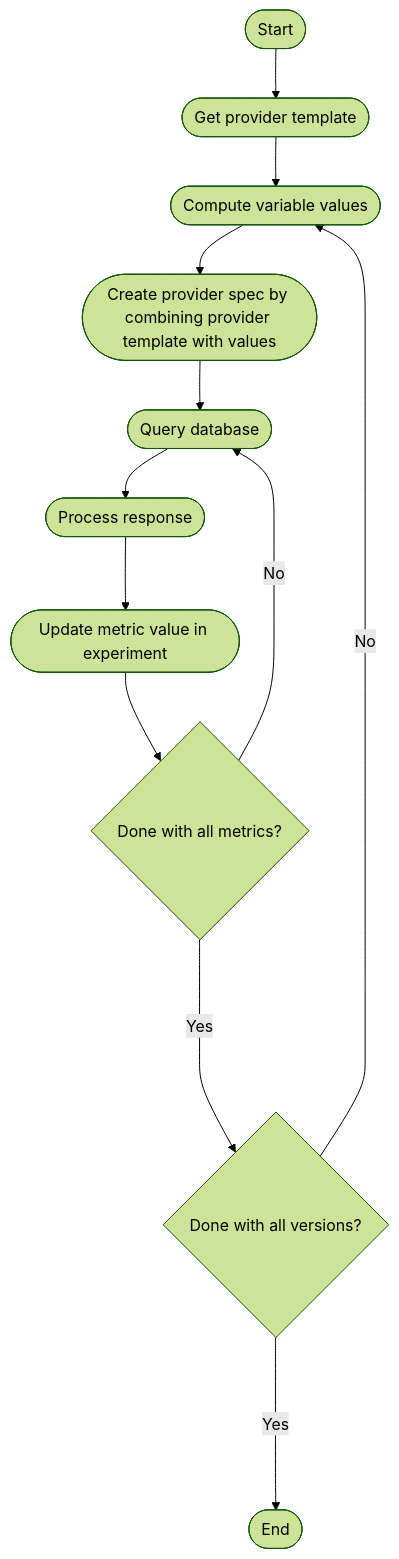
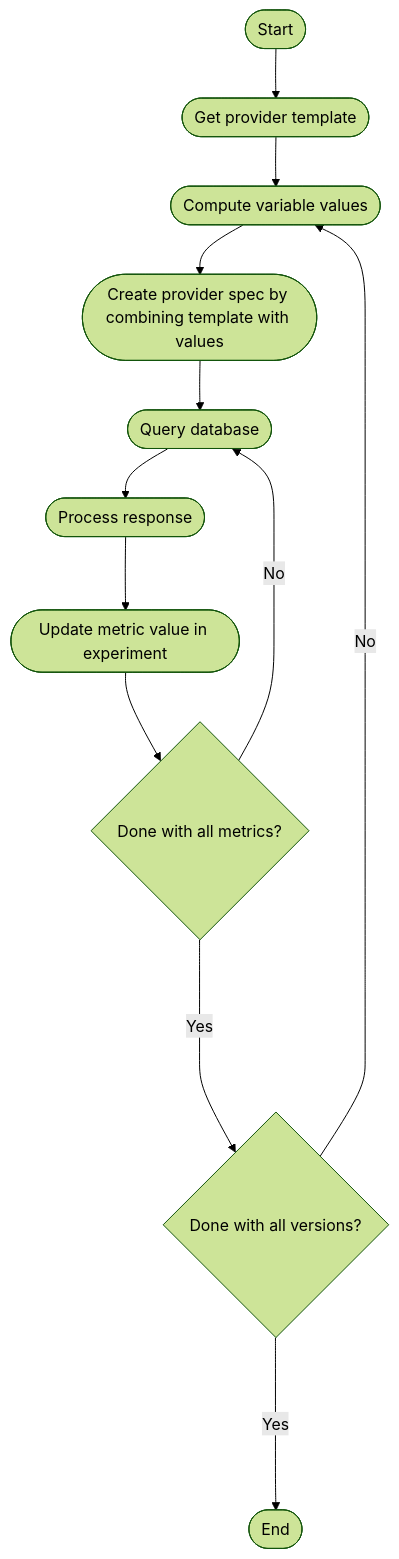
One commit to iter8-tools/docs changed the first of 3 diagrams in docs/user-guide/tasks/custommetrics.md. Above: the diagram before and after it, drawn with Mermaid (forest theme). The commit also changed other lines of this file, not shown here.

Commit message:
flowchart

````diff
--- a/docs/user-guide/tasks/custommetrics.md
+++ b/docs/user-guide/tasks/custommetrics.md
@@ -217,14 +217,14 @@
 ```mermaid
 graph TD
   A([Start]) --> B([Get provider template]);
   B --> C([Compute variable values]);
-  C --> D([Create provider spec by combining provider template with values]);
+  C --> D([Create provider spec by combining template with values]);
   D --> E([Query database]);
   E --> F([Process response]);
   F --> G([Update metric value in experiment]);
   G --> H{Done with all metrics?};
   H ---->|No| E;
   H ---->|Yes| I{Done with all versions?};
   I ---->|No| C;
   I ---->|Yes| J([End]);
 ```
````
